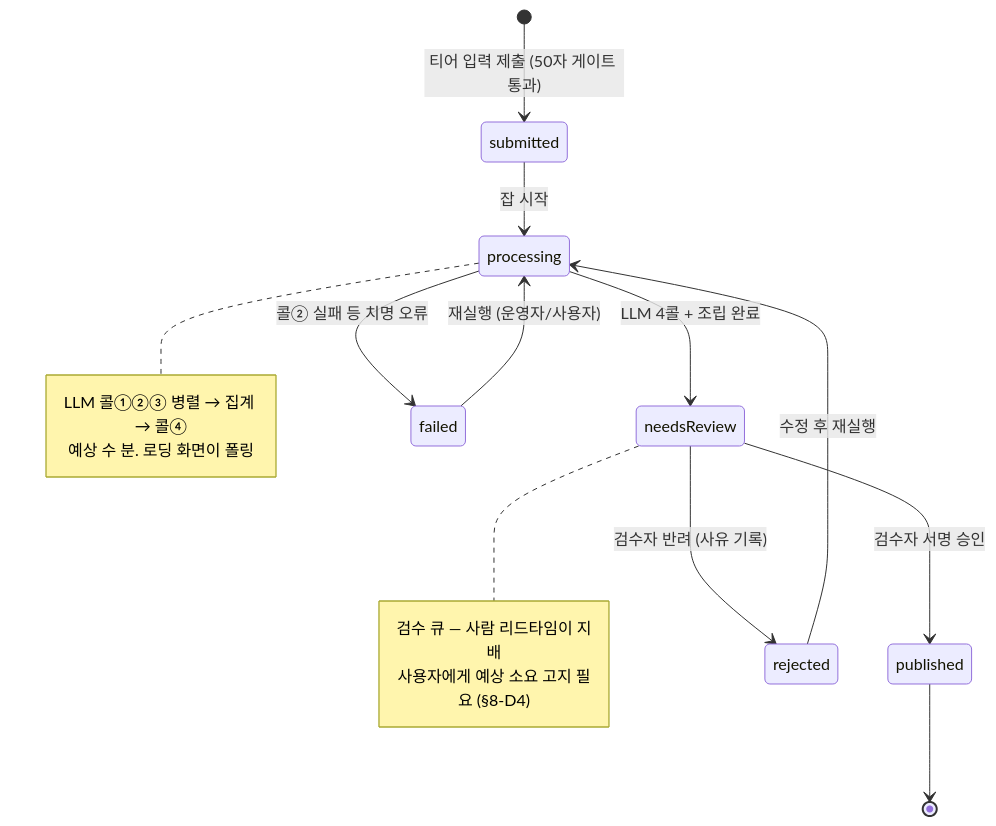
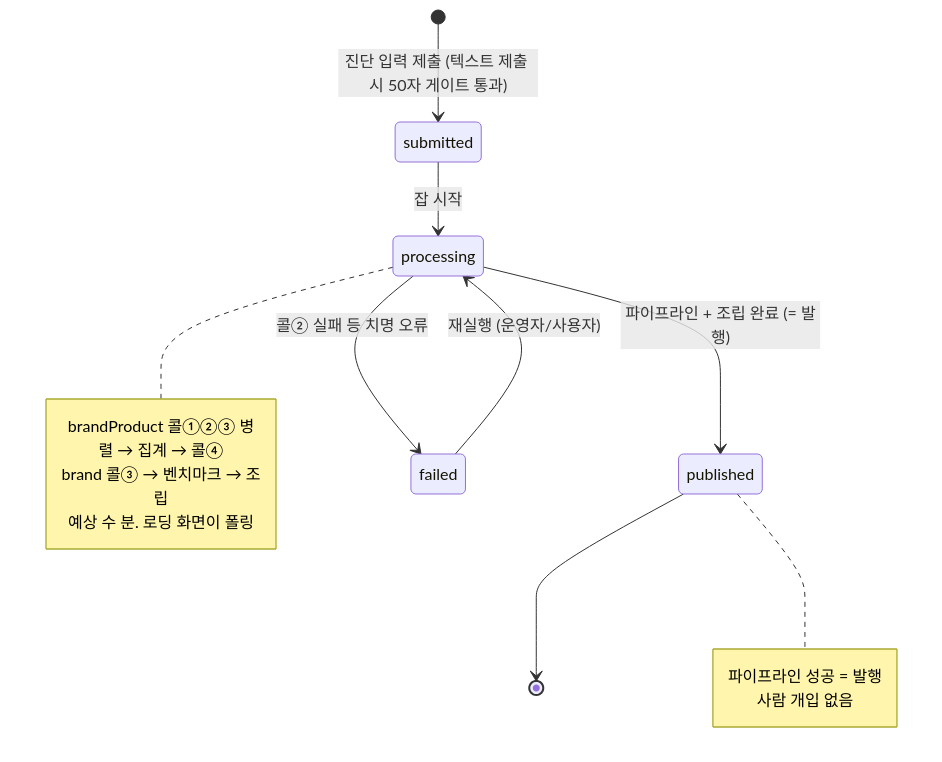
The fourth of 7 diagrams in docs/08-data-flow.md (duwjd/Branch-out-to-Japan), drawn with Mermaid before and after one commit. The commit also changed other lines of this file and 47 other files, not shown here.

````diff
--- a/docs/08-data-flow.md
+++ b/docs/08-data-flow.md
@@ -204,15 +209,12 @@
 ```mermaid
 stateDiagram-v2
-    [*] --> submitted : 티어 입력 제출 (50자 게이트 통과)
+    [*] --> submitted : 진단 입력 제출 (텍스트 제출 시 50자 게이트 통과)
     submitted --> processing : 잡 시작
-    processing --> needsReview : LLM 4콜 + 조립 완료
+    processing --> published : 파이프라인 + 조립 완료 (= 발행)
     processing --> failed : 콜② 실패 등 치명 오류
     failed --> processing : 재실행 (운영자/사용자)
-    needsReview --> published : 검수자 서명 승인
-    needsReview --> rejected : 검수자 반려 (사유 기록)
-    rejected --> processing : 수정 후 재실행
     published --> [*]
 
-    note right of processing : LLM 콜①②③ 병렬 → 집계 → 콜④<br/>예상 수 분. 로딩 화면이 폴링
-    note right of needsReview : 검수 큐 — 사람 리드타임이 지배<br/>사용자에게 예상 소요 고지 필요 (§8-D4)
+    note right of processing : brandProduct 콜①②③ 병렬 → 집계 → 콜④<br/>brand 콜③ → 벤치마크 → 조립<br/>예상 수 분. 로딩 화면이 폴링
+    note right of published : 파이프라인 성공 = 발행<br/>사람 개입 없음
 ```
````
